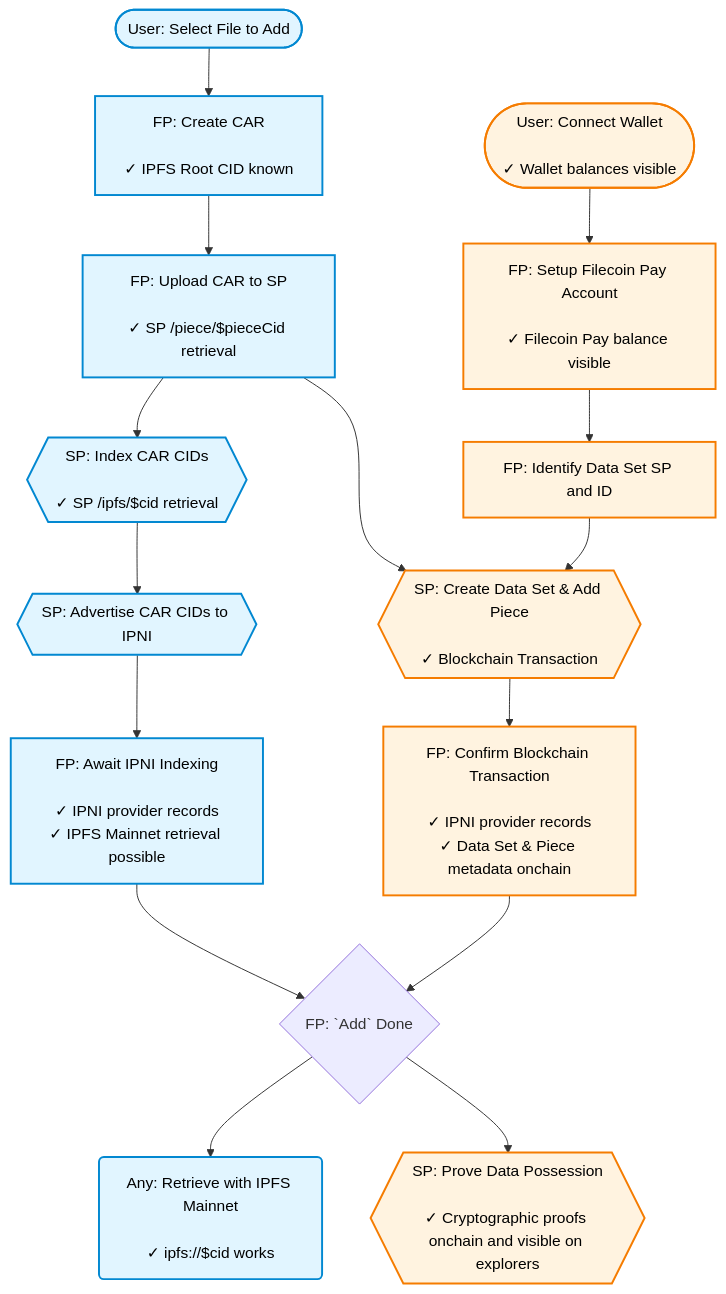
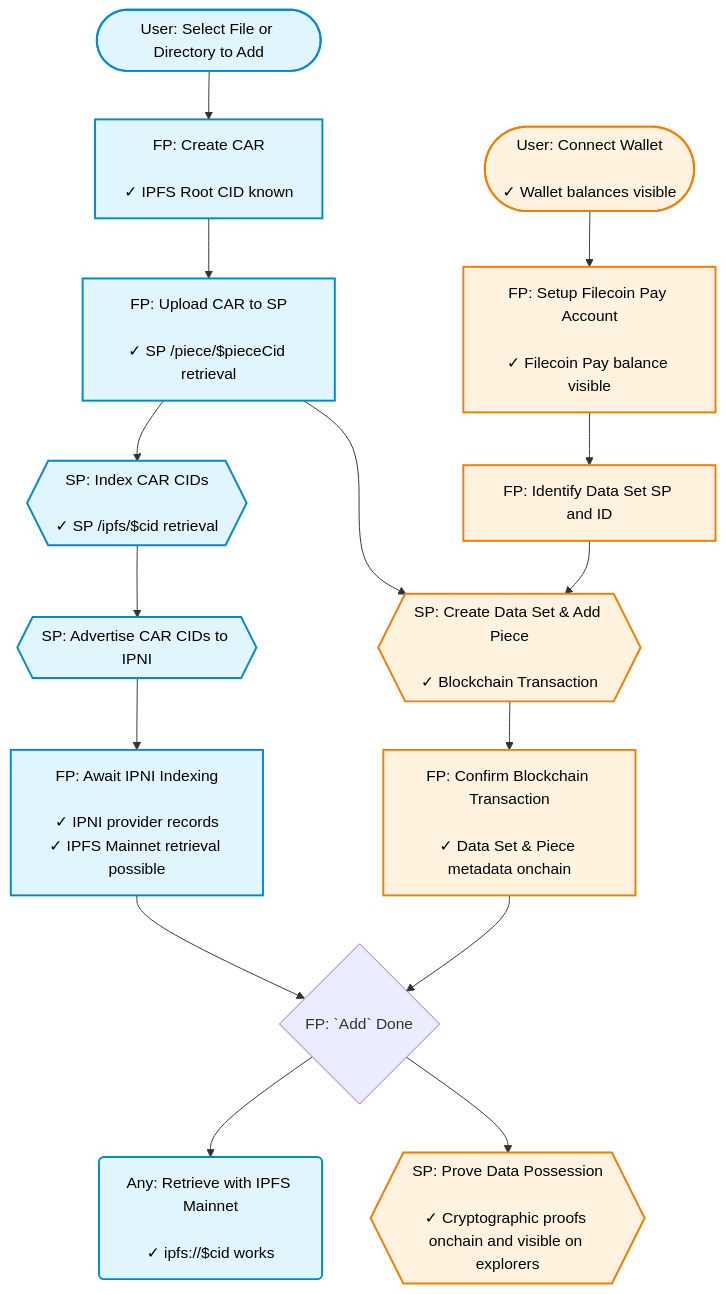
One commit to filecoin-project/filecoin-pin changed the diagram in documentation/behind-the-scenes-of-adding-a-file.md. Above: the diagram before and after it, drawn with Mermaid. The commit also changed other lines of this file and 3 other files, not shown here.

````diff
--- a/documentation/behind-the-scenes-of-adding-a-file.md
+++ b/documentation/behind-the-scenes-of-adding-a-file.md
@@ -13,52 +13,52 @@
 ```mermaid
 graph TD
 
     %% Node Definitions
     %% Non-blockchain nodes
-    Start([User: Select File to Add])
+    Start([User: Select File or Directory to Add])
     CreateCAR[FP: Create CAR<br/><br/>✓ IPFS Root CID known]
     UploadCAR[FP: Upload CAR to SP<br/><br/>✓ SP /piece/$pieceCid retrieval]
     IndexCAR{{SP: Index CAR CIDs<br/><br/>✓ SP /ipfs/$cid retrieval}}
     AdvertiseCAR{{SP: Advertise CAR CIDs to IPNI}}
     AwaitIPNIIndexing[FP: Await IPNI Indexing<br/><br/>✓ IPNI provider records<br/>✓ IPFS Mainnet retrieval possible]
     RetrieveData(Any: Retrieve with IPFS Mainnet<br/><br/>✓ ipfs://$cid works)
 
     %% Blockchain nodes
     ConnectWallet([User: Connect Wallet<br/><br/>✓ Wallet balances visible])
     SetupPay[FP: Setup Filecoin Pay Account<br/><br/>✓ Filecoin Pay balance visible]
     IdentifyDataSet[FP: Identify Data Set SP and ID]
     CreateDataSet{{SP: Create Data Set & Add Piece<br/><br/>✓ Blockchain Transaction}}
-    ConfirmBlockchainTx[FP: Confirm Blockchain Transaction<br/><br/>✓ IPNI provider records<br/>✓ Data Set & Piece metadata onchain]
+    ConfirmBlockchainTx[FP: Confirm Blockchain Transaction<br/><br/>✓ Data Set & Piece metadata onchain]
     ProveData{{SP: Prove Data Possession<br/><br/>✓ Cryptographic proofs onchain and visible on explorers}}
 
     %% Milestone
     FilecoinPinAddDone{FP: `Add` Done}
 
     %% Relationships
     %% Non-blockchain flow
     Start --> CreateCAR
     CreateCAR --> UploadCAR
     UploadCAR --> IndexCAR
     IndexCAR --> AdvertiseCAR
     AdvertiseCAR --> AwaitIPNIIndexing
     AwaitIPNIIndexing --> FilecoinPinAddDone
     FilecoinPinAddDone --> RetrieveData
 
     %% Blockchain flow
     ConnectWallet --> SetupPay
     SetupPay --> IdentifyDataSet
     IdentifyDataSet --> CreateDataSet
 
     %% Convergence
     UploadCAR --> CreateDataSet
     CreateDataSet --> ConfirmBlockchainTx
     ConfirmBlockchainTx --> FilecoinPinAddDone
     FilecoinPinAddDone --> ProveData
 
     %% Styling
     classDef nonBlockchain fill:#e1f5ff,stroke:#0288d1,stroke-width:2px,color:#000
     classDef blockchain fill:#fff3e0,stroke:#f57c00,stroke-width:2px,color:#000
 
     class Start,CreateCAR,UploadCAR,IndexCAR,AdvertiseCAR,AwaitIPNIIndexing,RetrieveData nonBlockchain
     class ConnectWallet,SetupPay,IdentifyDataSet,CreateDataSet,ConfirmBlockchainTx,ProveData blockchain
 ```
````
